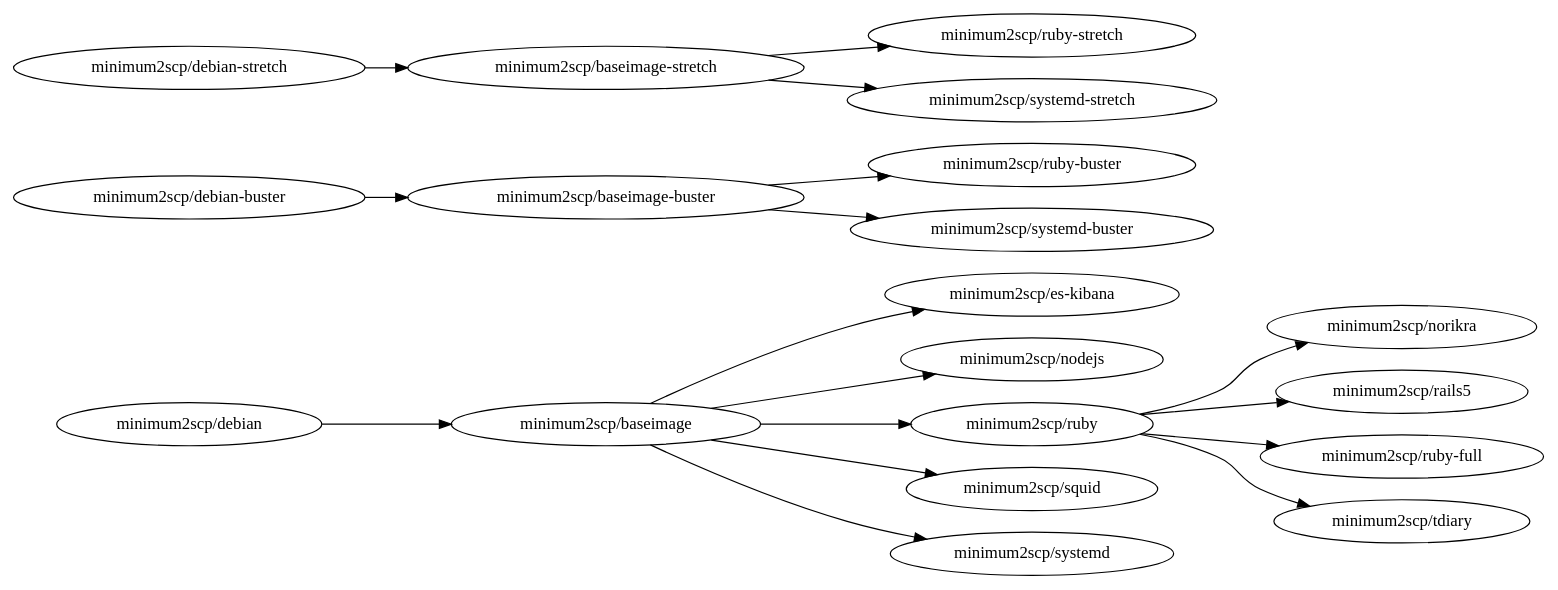
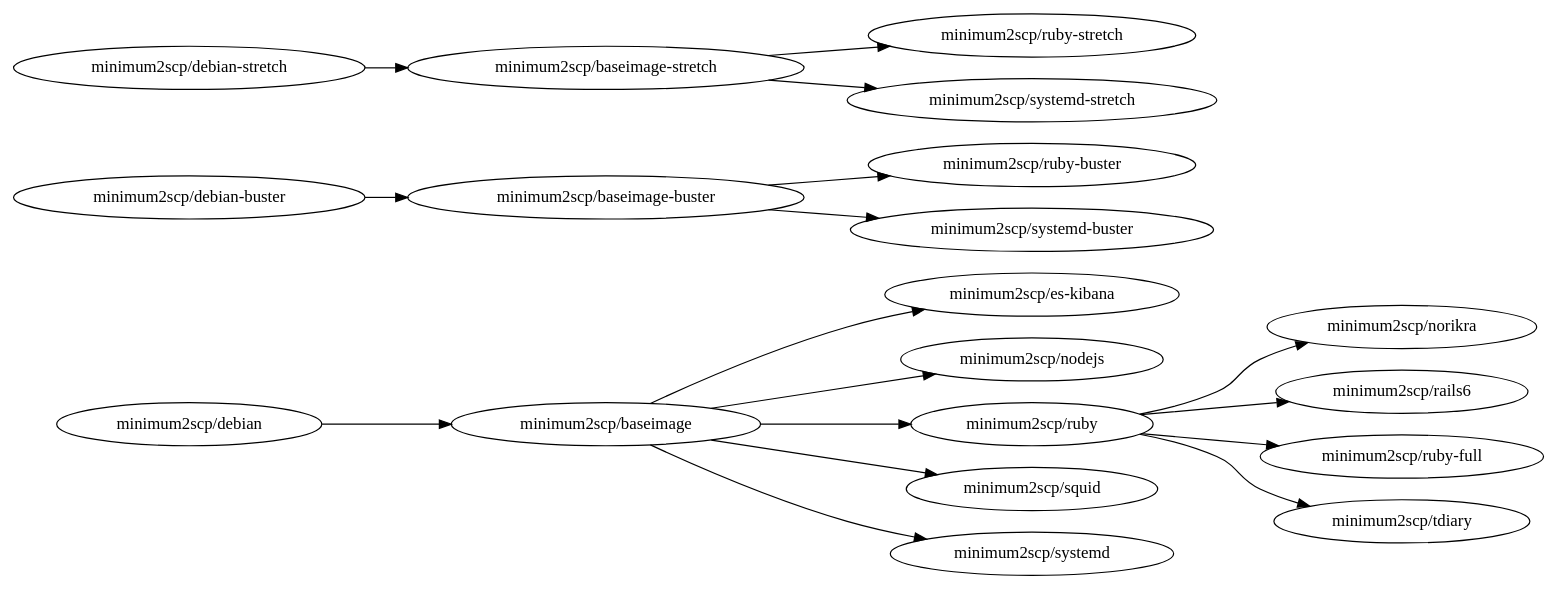
The diagram in deps.dot (minimum2scp/dockerfiles), drawn with Graphviz before and after one commit. The commit also changed 9 other files, not shown here.

```diff
--- a/deps.dot
+++ b/deps.dot
@@ -1,36 +1,36 @@
 digraph deps {
   graph        [rankdir = "LR"];
   ratio = auto;
 
 
   baseimage         [label = "minimum2scp/baseimage"];
   baseimage_buster  [label = "minimum2scp/baseimage-buster "];
   baseimage_stretch [label = "minimum2scp/baseimage-stretch"];
   debian            [label = "minimum2scp/debian"];
   debian_buster     [label = "minimum2scp/debian-buster "];
   debian_stretch    [label = "minimum2scp/debian-stretch"];
   es_kibana         [label = "minimum2scp/es-kibana"];
   nodejs            [label = "minimum2scp/nodejs"];
   norikra           [label = "minimum2scp/norikra"];
-  rails5            [label = "minimum2scp/rails5"];
+  rails6            [label = "minimum2scp/rails6"];
   ruby              [label = "minimum2scp/ruby"];
   ruby_buster       [label = "minimum2scp/ruby-buster "];
   ruby_full         [label = "minimum2scp/ruby-full"];
   ruby_stretch      [label = "minimum2scp/ruby-stretch"];
   squid             [label = "minimum2scp/squid"];
   systemd           [label = "minimum2scp/systemd"];
   systemd_buster    [label = "minimum2scp/systemd-buster"];
   systemd_stretch   [label = "minimum2scp/systemd-stretch"];
   tdiary            [label = "minimum2scp/tdiary"];
 
   debian    -> baseimage;
   baseimage -> {es_kibana, nodejs, ruby, squid, systemd};
-  ruby      -> {norikra, rails5, ruby_full, tdiary};
+  ruby      -> {norikra, rails6, ruby_full, tdiary};
 
   debian_buster -> baseimage_buster;
   baseimage_buster -> {ruby_buster, systemd_buster};
 
   debian_stretch   -> baseimage_stretch;
   baseimage_stretch -> {systemd_stretch, ruby_stretch};
 
 }
```
